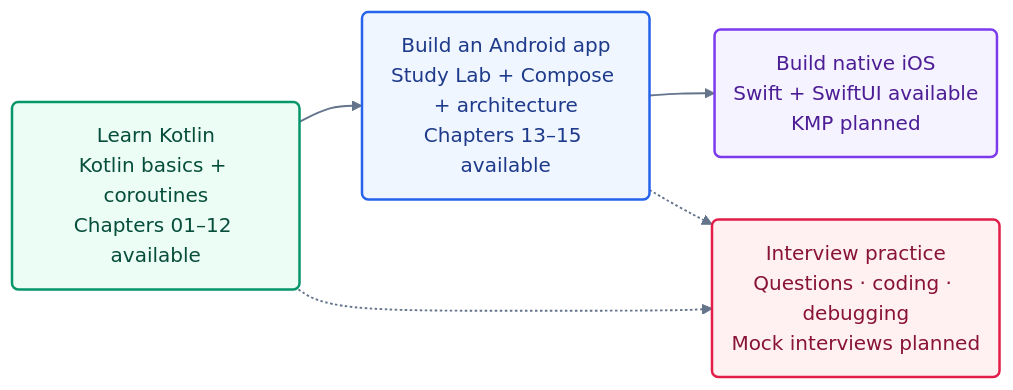
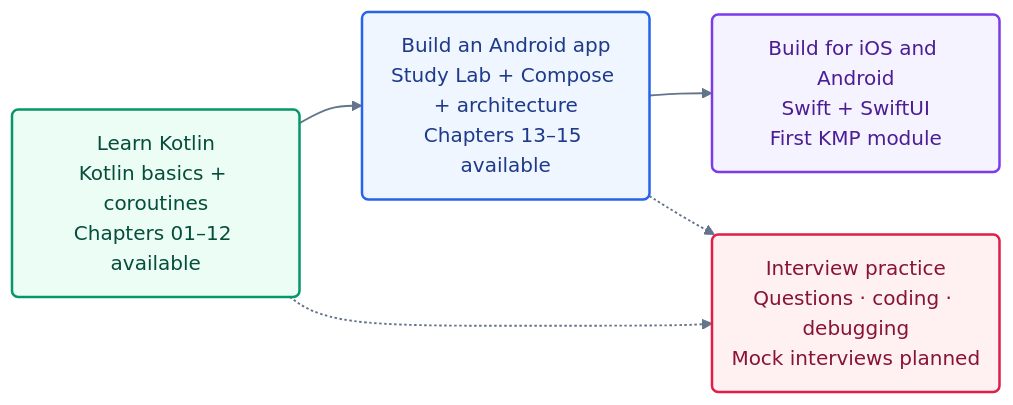
One commit to roshanevala/Kotlin-101-The-Mobile-Workshop changed the diagram in README.md. Above: the diagram before and after it, drawn with Mermaid. The commit also changed other lines of this file and 25 other files, not shown here.

Commit message:
feat: add chapter 19 Kotlin Multiplatform project and build model

````diff
--- a/README.md
+++ b/README.md
@@ -11,20 +11,20 @@
 ```mermaid
 flowchart LR
     accTitle: From Kotlin basics to a mobile app and interview practice
-    accDescr: Start with the available Kotlin lessons. Build an Android app, then add iOS and shared Kotlin logic in planned stages. Practise lesson questions and debugging along the way; dedicated coding challenges and mock interviews are planned.
+    accDescr: Start with the available Kotlin lessons. Build an Android app, then build a native iOS client and a shared Kotlin module. Practise lesson questions and debugging along the way; dedicated coding challenges and mock interviews are planned.
 
     K("Learn Kotlin<br/>Kotlin basics + coroutines<br/>Chapters 01–12 available"):::basics
     A("Build an Android app<br/>Study Lab + Compose + architecture<br/>Chapters 13–15 available"):::android
-    M("Build native iOS<br/>Swift + SwiftUI available<br/>KMP planned"):::multiplatform
+    M("Build for iOS and Android<br/>Swift + SwiftUI<br/>First KMP module"):::multiplatform
     I("Interview practice<br/>Questions · coding · debugging<br/>Mock interviews planned"):::interview
 
     K --> A --> M
     K -.-> I
     A -.-> I
 
     classDef basics fill:#ecfdf5,stroke:#059669,color:#064e3b,stroke-width:2px
     classDef android fill:#eff6ff,stroke:#2563eb,color:#1e3a8a,stroke-width:2px
     classDef multiplatform fill:#f5f3ff,stroke:#7c3aed,color:#4c1d95,stroke-width:2px
     classDef interview fill:#fff1f2,stroke:#e11d48,color:#881337,stroke-width:2px
     linkStyle default stroke:#64748b,stroke-width:1.5px
 ```
````
